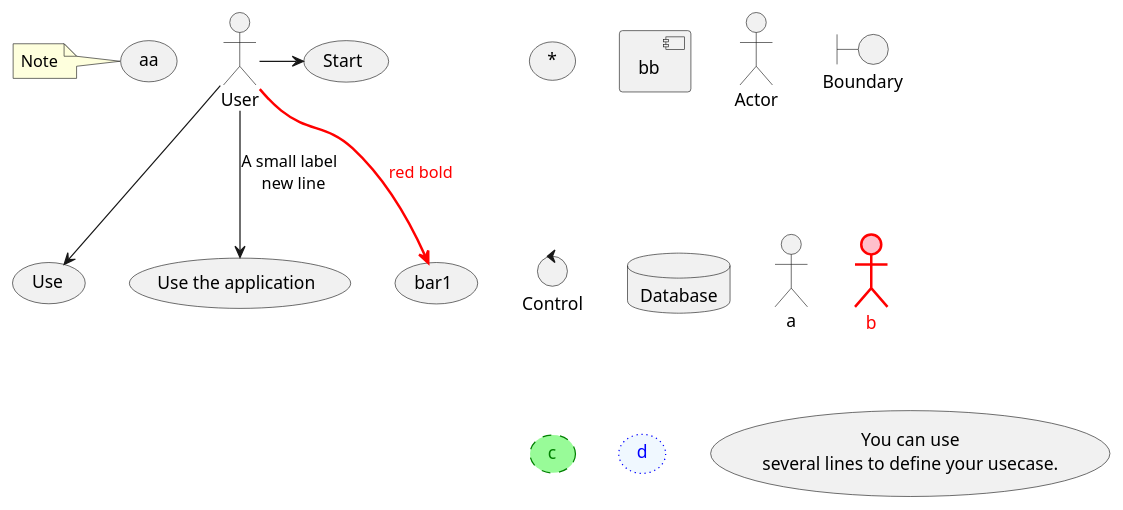
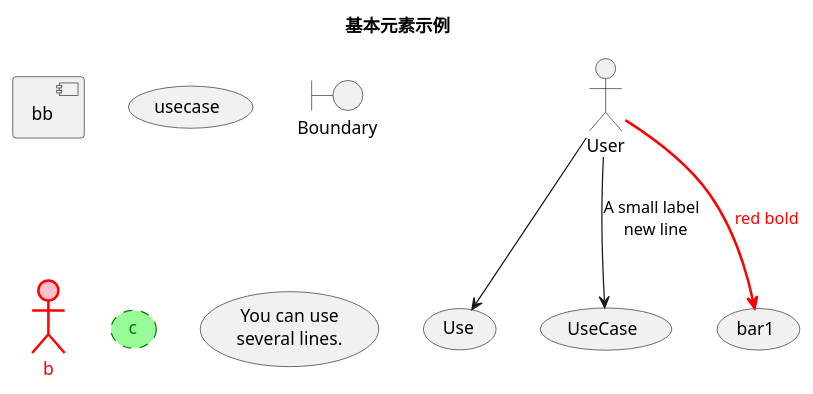
One commit to warmhug/aa changed the second of 11 diagrams in misc.md. Above: the diagram before and after it, drawn with PlantUML. The commit also changed other lines of this file and 5 other files, not shown here.

````diff
--- a/misc.md
+++ b/misc.md
@@ -266,29 +269,24 @@
 ```plantuml
-'基本元素示例
+title 基本元素示例
 'skinparam actorStyle awesome
-'skinparam actorStyle Hollow
+' hide footbox
+' box SBCP
 
-(*)
-(aa)
-note left : Note
 [bb]
-:User:
-actor Actor
+(usecase)
+' participant "First" as F
+' participant "Second" as S
 boundary Boundary
-control Control
-database Database
+actor b #pink;line:red;line.bold;text:red
+usecase c #palegreen;line:green;line.dashed;text:green
+usecase UC1 as "You can use
+several lines."
 
-:User: --> (Use)
-
-User -> (Start)
-User --> (Use the application) : A small label \n new line
+User --> (Use)
+User --> (UseCase) : A small label \n new line
 User --> (bar1) #line:red;line.bold;text:red  : red bold
 
-actor a
-actor b #pink;line:red;line.bold;text:red
-usecase c #palegreen;line:green;line.dashed;text:green
-usecase d #aliceblue;line:blue;line.dotted;text:blue
+' U -> F  : "start"
+' F -> S
 
-usecase UC1 as "You can use
-several lines to define your usecase."
 ```
````
